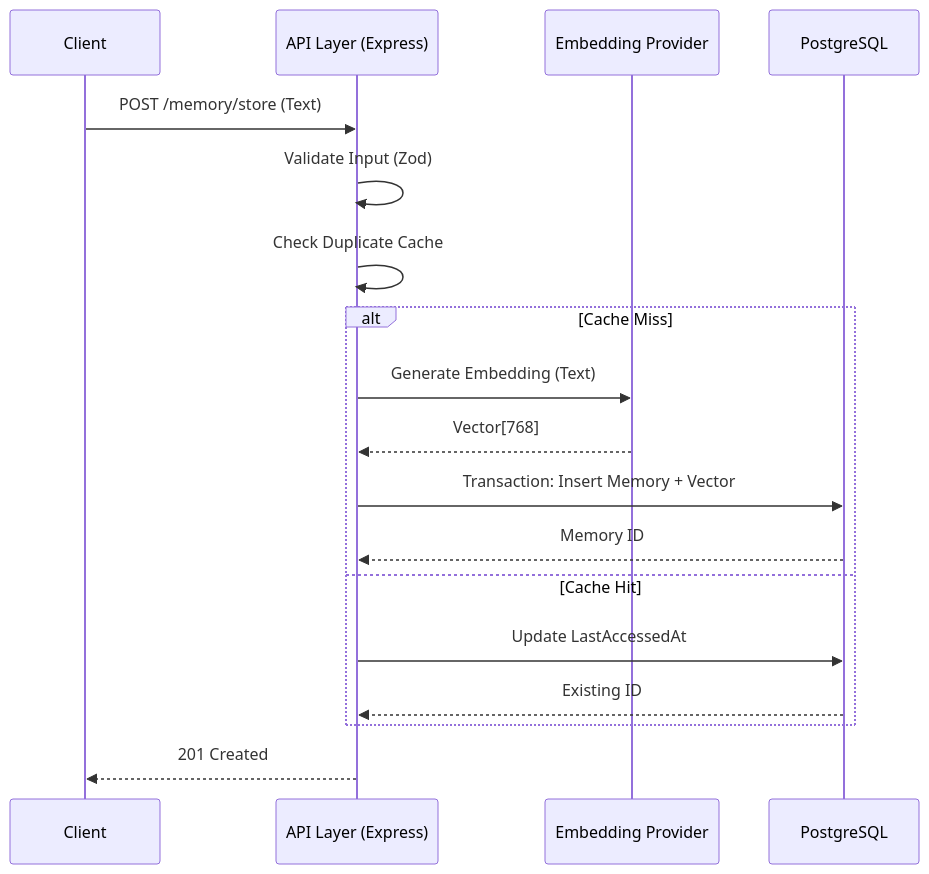
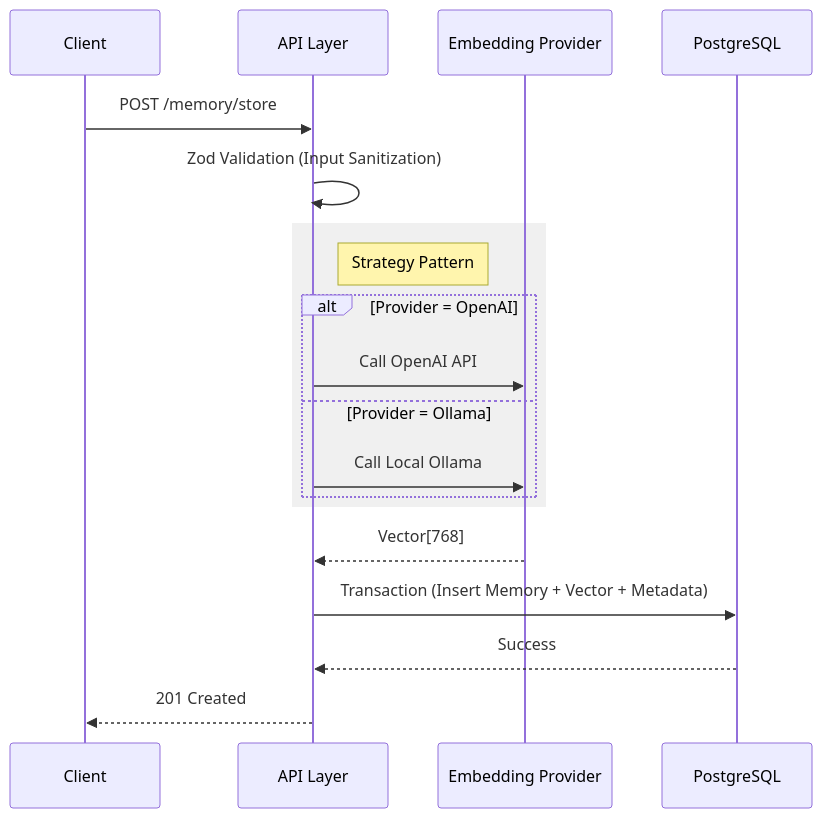
Before and after one commit to jakops88-hub/Long-Term-Memory-API: the diagram in ARCHITECTURE.md, drawn with Mermaid. The commit also changed other lines of this file, not shown here.

````diff
--- a/ARCHITECTURE.md
+++ b/ARCHITECTURE.md
@@ -38,23 +72,25 @@
 ```mermaid
 sequenceDiagram
     participant Client
-    participant API as API Layer (Express)
+    participant API as API Layer
     participant Prov as Embedding Provider
     participant DB as PostgreSQL
 
-    Client->>API: POST /memory/store (Text)
-    API->>API: Validate Input (Zod)
-    API->>API: Check Duplicate Cache
+    Client->>API: POST /memory/store
+    API->>API: Zod Validation (Input Sanitization)
     
-    alt Cache Miss
-        API->>Prov: Generate Embedding (Text)
-        Prov-->>API: Vector[768]
-        API->>DB: Transaction: Insert Memory + Vector
-        DB-->>API: Memory ID
-    else Cache Hit
-        API->>DB: Update LastAccessedAt
-        DB-->>API: Existing ID
+    rect rgb(240, 240, 240)
+        note right of API: Strategy Pattern
+        alt Provider = OpenAI
+            API->>Prov: Call OpenAI API
+        else Provider = Ollama
+            API->>Prov: Call Local Ollama
+        end
     end
     
+    Prov-->>API: Vector[768]
+    
+    API->>DB: Transaction (Insert Memory + Vector + Metadata)
+    DB-->>API: Success
     API-->>Client: 201 Created
 ```
````
